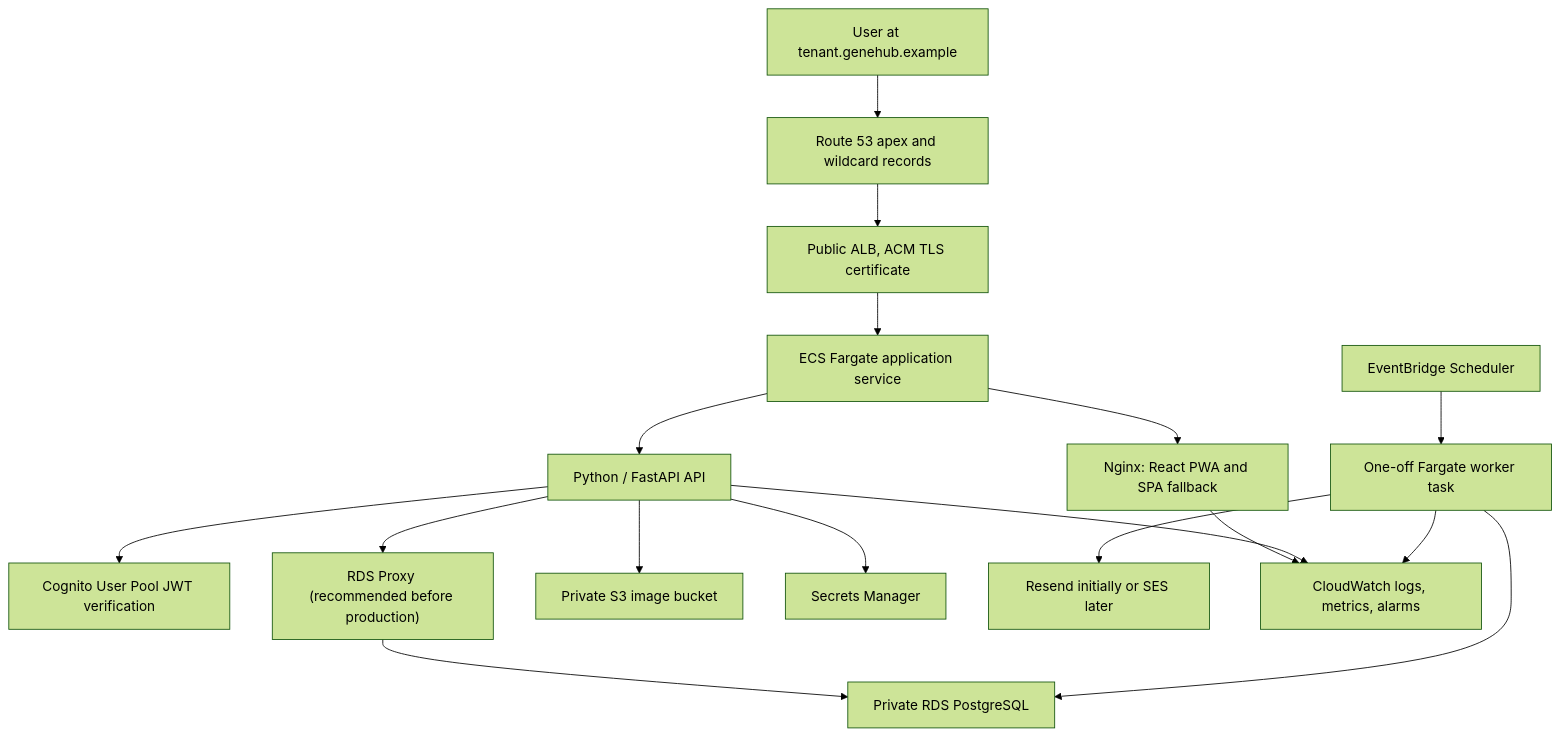
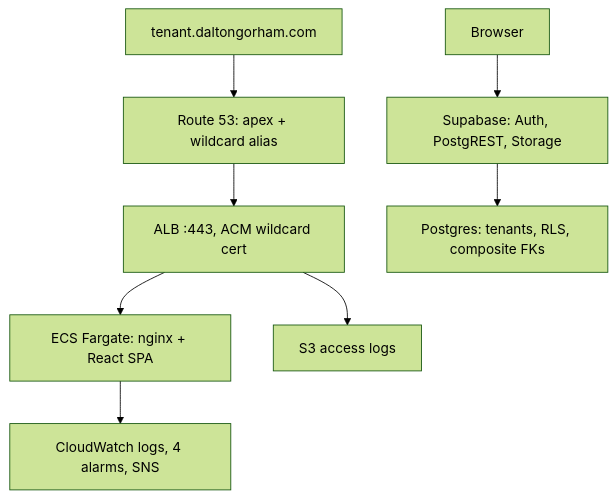
Before and after one commit to RCKredcows/GeneHub-RCK: the diagram in AWS_MIGRATION_PLAN.md, drawn with Mermaid (forest theme). The commit also changed other lines of this file and 5 other files, not shown here.

````diff
--- a/AWS_MIGRATION_PLAN.md
+++ b/AWS_MIGRATION_PLAN.md
@@ -54,19 +37,10 @@
 ```mermaid
 flowchart TD
-    U["User at tenant.genehub.example"] --> R53["Route 53 apex and wildcard records"]
-    R53 --> ALB["Public ALB, ACM TLS certificate"]
-    ALB --> WEB["ECS Fargate application service"]
-    WEB --> UI["Nginx: React PWA and SPA fallback"]
-    WEB --> API["Python / FastAPI API"]
-    API --> COG["Cognito User Pool JWT verification"]
-    API --> DBP["RDS Proxy (recommended before production)"]
-    DBP --> RDS["Private RDS PostgreSQL"]
-    API --> S3["Private S3 image bucket"]
-    API --> SM["Secrets Manager"]
-    SCH["EventBridge Scheduler"] --> JOB["One-off Fargate worker task"]
-    JOB --> RDS
-    JOB --> EMAIL["Resend initially or SES later"]
-    UI --> CW["CloudWatch logs, metrics, alarms"]
-    API --> CW
-    JOB --> CW
+    U["tenant.daltongorham.com"] --> R53["Route 53: apex + wildcard alias"]
+    R53 --> ALB["ALB :443, ACM wildcard cert"]
+    ALB --> ECS["ECS Fargate: nginx + React SPA"]
+    B["Browser"] --> SB["Supabase: Auth, PostgREST, Storage"]
+    SB --> PG["Postgres: tenants, RLS, composite FKs"]
+    ECS --> CW["CloudWatch logs, 4 alarms, SNS"]
+    ALB --> S3["S3 access logs"]
 ```
````
